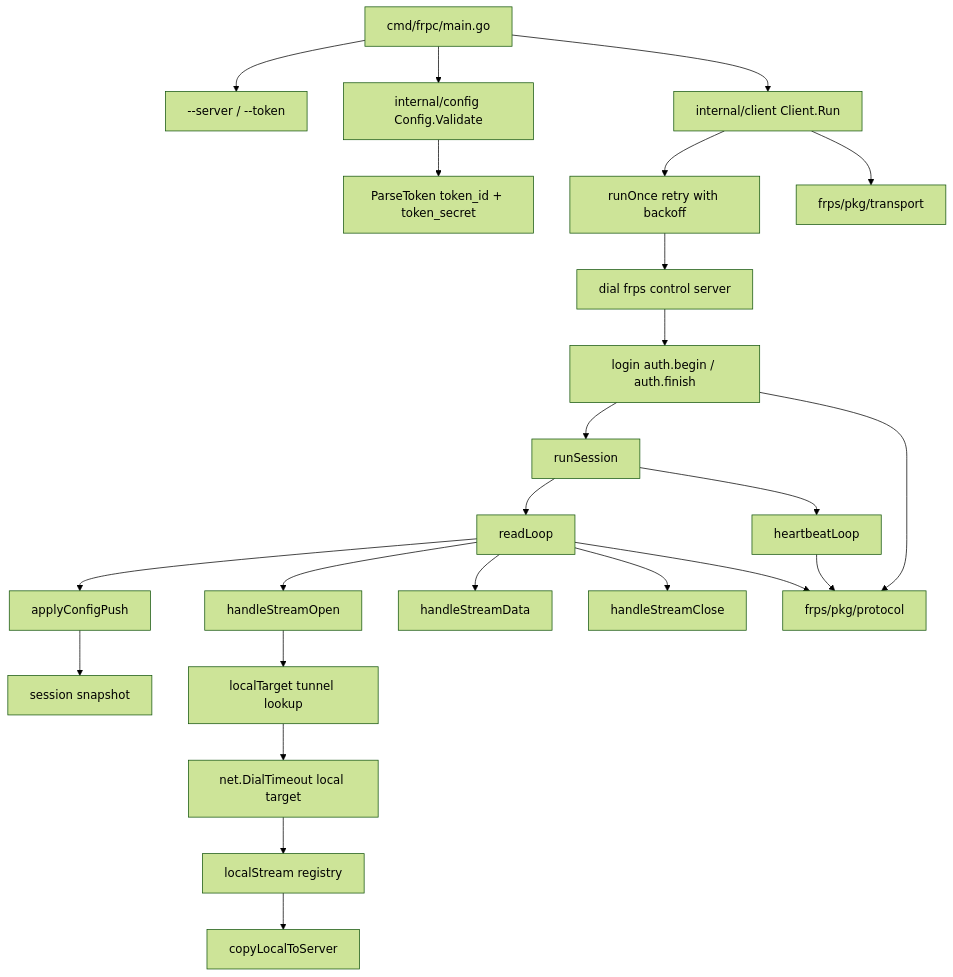
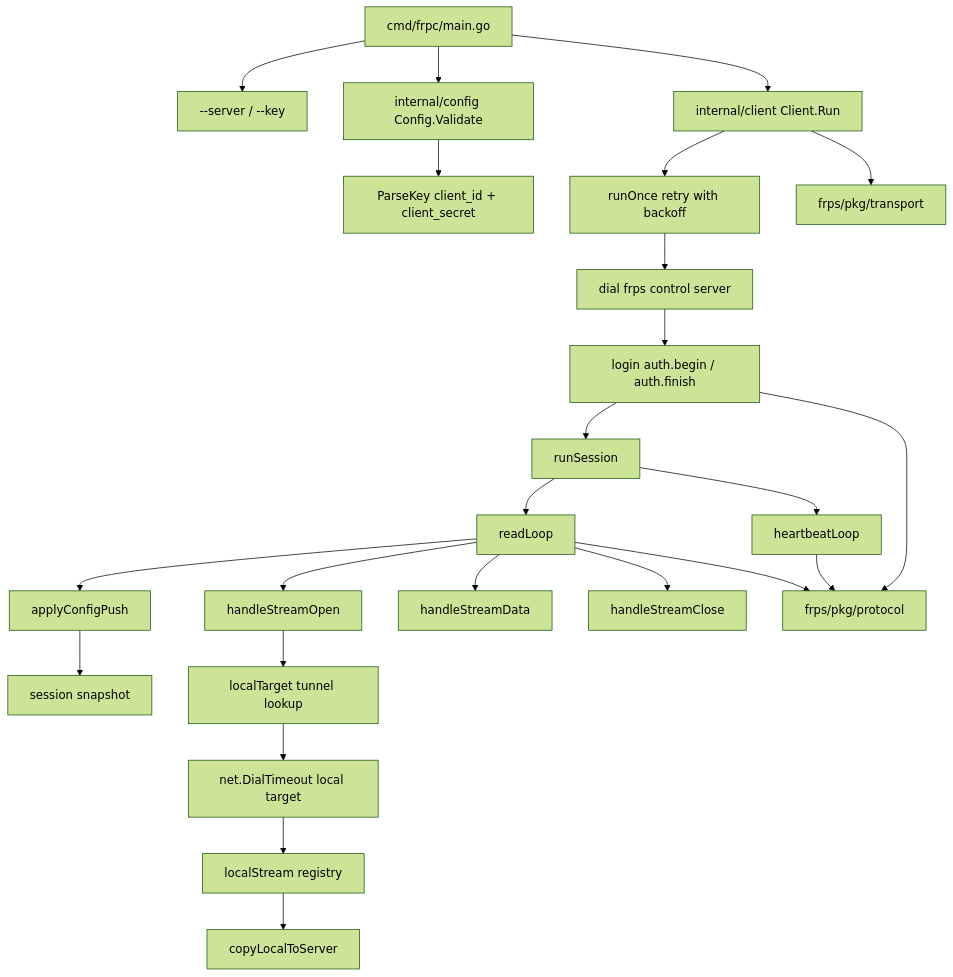
Before and after one commit to Zightch/frp: the third of 6 diagrams in docs/frps-frpc-current-architecture.md, drawn with Mermaid (forest theme). The commit also changed other lines of this file and 14 other files, not shown here.

````diff
--- a/docs/frps-frpc-current-architecture.md
+++ b/docs/frps-frpc-current-architecture.md
@@ -91,31 +91,31 @@
 ```mermaid
 flowchart TB
-    Main[cmd/frpc/main.go] --> Flags[--server / --token]
+    Main[cmd/frpc/main.go] --> Flags[--server / --key]
     Main --> Config[internal/config Config.Validate]
-    Config --> Token[ParseToken token_id + token_secret]
+    Config --> Key[ParseKey client_id + client_secret]
     Main --> Client[internal/client Client.Run]
 
     Client --> Reconnect[runOnce retry with backoff]
     Reconnect --> Dial[dial frps control server]
     Dial --> Login[login auth.begin / auth.finish]
     Login --> Session[runSession]
 
     Session --> ReadLoop[readLoop]
     Session --> Heartbeat[heartbeatLoop]
 
     ReadLoop --> ConfigPush[applyConfigPush]
     ReadLoop --> StreamOpen[handleStreamOpen]
     ReadLoop --> StreamData[handleStreamData]
     ReadLoop --> StreamClose[handleStreamClose]
 
     ConfigPush --> Snapshot[session snapshot]
     StreamOpen --> Target[localTarget tunnel lookup]
     Target --> LocalDial[net.DialTimeout local target]
     LocalDial --> LocalStream[localStream registry]
     LocalStream --> CopyLocal[copyLocalToServer]
 
     Login --> Protocol[frps/pkg/protocol]
     ReadLoop --> Protocol
     Heartbeat --> Protocol
     Client --> Transport[frps/pkg/transport]
 ```
````
